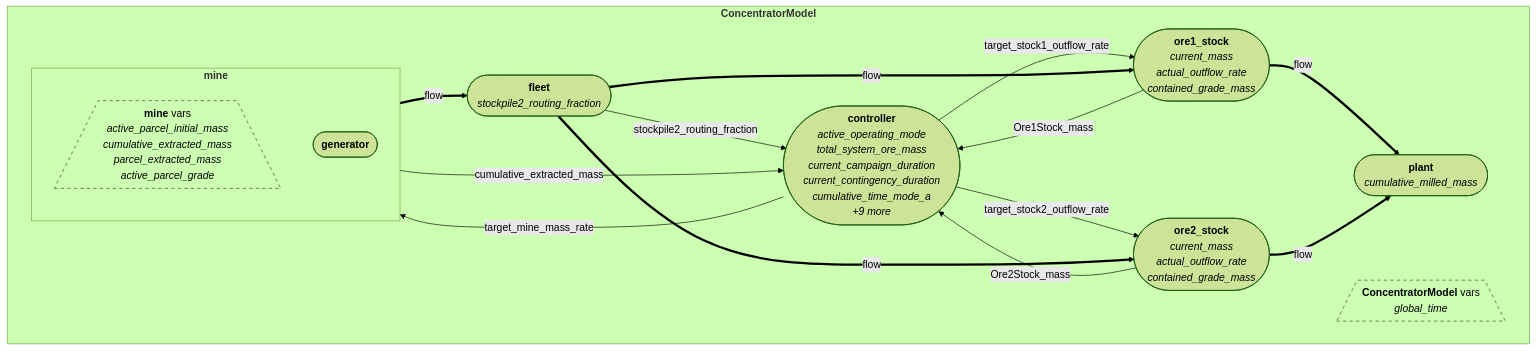
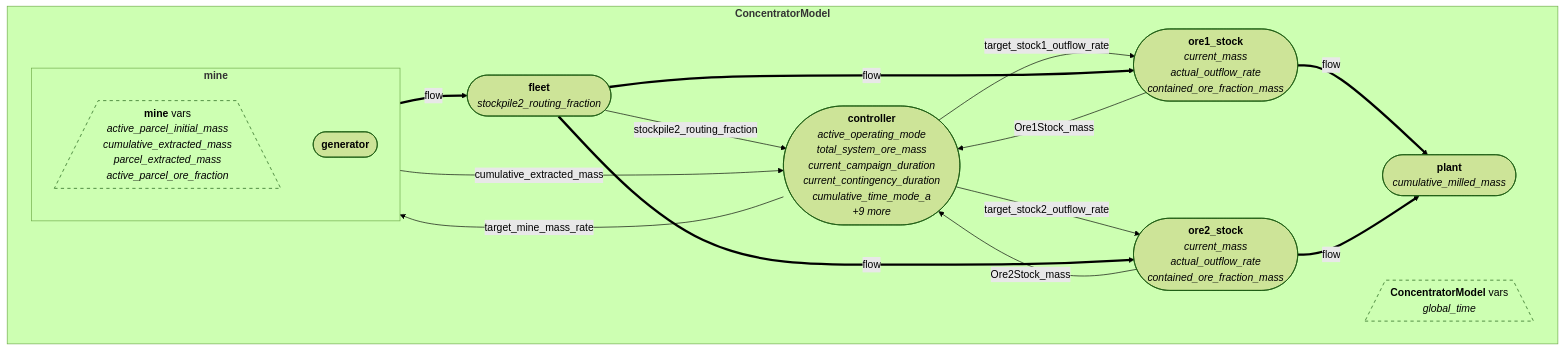
Before and after one commit to pirateJiang/mining-drs: the diagram in Concentrator_Module_Graph.md, drawn with Mermaid (forest theme). The commit also changed other lines of this file and 13 other files, not shown here.

````diff
--- a/Concentrator_Module_Graph.md
+++ b/Concentrator_Module_Graph.md
@@ -20,29 +20,29 @@
 ```mermaid
 flowchart TD
 subgraph root["<b>ConcentratorModel</b>"]
     root_vars[/"<b>ConcentratorModel</b> vars<br><i>global_time</i>"\]
     style root_vars fill:transparent,stroke-dasharray: 5 5
     subgraph mine["<b>mine</b>"]
-        mine_vars[/"<b>mine</b> vars<br><i>active_parcel_initial_mass</i><br><i>cumulative_extracted_mass</i><br><i>parcel_extracted_mass</i><br><i>active_parcel_grade</i>"\]
+        mine_vars[/"<b>mine</b> vars<br><i>active_parcel_initial_mass</i><br><i>cumulative_extracted_mass</i><br><i>parcel_extracted_mass</i><br><i>active_parcel_ore_fraction</i>"\]
         style mine_vars fill:transparent,stroke-dasharray: 5 5
         mine_generator(["<b>generator</b>"])
     end
     fleet(["<b>fleet</b><br><i>stockpile2_routing_fraction</i>"])
-    ore1_stock(["<b>ore1_stock</b><br><i>current_mass</i><br><i>actual_outflow_rate</i><br><i>contained_grade_mass</i>"])
-    ore2_stock(["<b>ore2_stock</b><br><i>current_mass</i><br><i>actual_outflow_rate</i><br><i>contained_grade_mass</i>"])
+    ore1_stock(["<b>ore1_stock</b><br><i>current_mass</i><br><i>actual_outflow_rate</i><br><i>contained_ore_fraction_mass</i>"])
+    ore2_stock(["<b>ore2_stock</b><br><i>current_mass</i><br><i>actual_outflow_rate</i><br><i>contained_ore_fraction_mass</i>"])
     plant(["<b>plant</b><br><i>cumulative_milled_mass</i>"])
     controller(["<b>controller</b><br><i>active_operating_mode</i><br><i>total_system_ore_mass</i><br><i>current_campaign_duration</i><br><i>current_contingency_duration</i><br><i>cumulative_time_mode_a</i><br><i>+9 more</i>"])
 end
     controller -->|target_mine_mass_rate| mine
     controller -->|target_stock1_outflow_rate| ore1_stock
     controller -->|target_stock2_outflow_rate| ore2_stock
     mine -->|cumulative_extracted_mass| controller
     ore1_stock -->|Ore1Stock_mass| controller
     ore2_stock -->|Ore2Stock_mass| controller
     fleet -->|stockpile2_routing_fraction| controller
     mine ==>|flow| fleet
     fleet ==>|flow| ore1_stock
     fleet ==>|flow| ore2_stock
     ore1_stock ==>|flow| plant
     ore2_stock ==>|flow| plant
 ```
````
